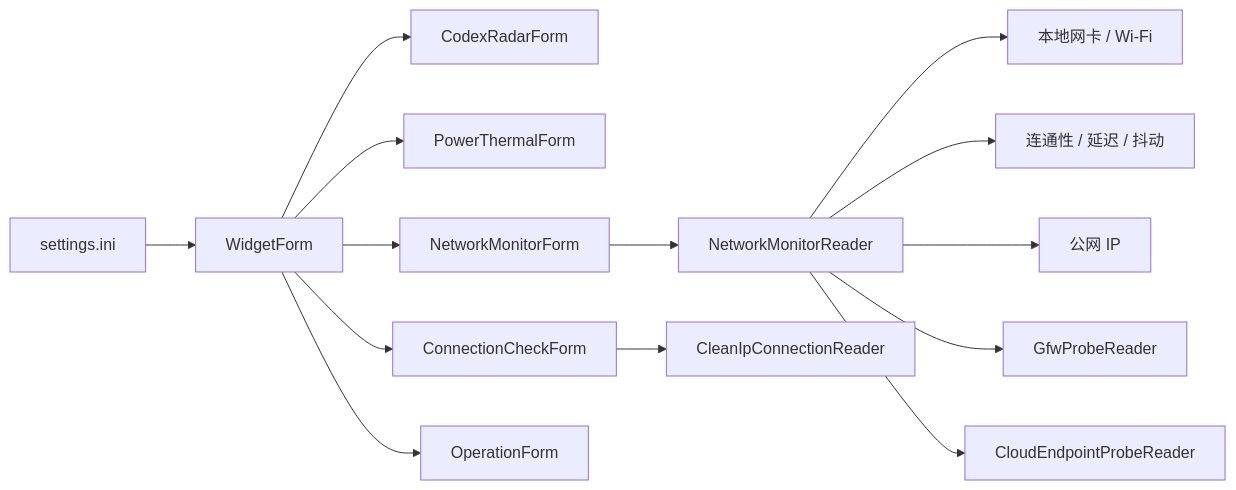
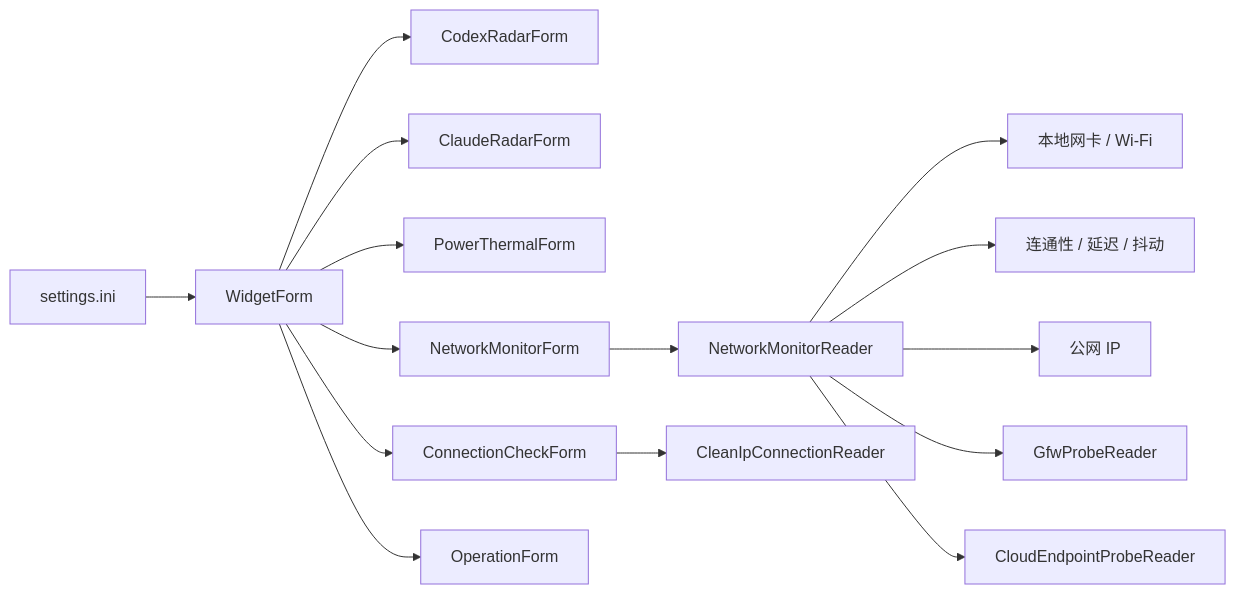
Before and after one commit to AFT-Sakee01/DesktopCodexAssistant: the first of 2 diagrams in Docs/Performance-And-Window-Runtime.md, drawn with Mermaid. The commit also changed other lines of this file and 35 other files, not shown here.

````diff
--- a/Docs/Performance-And-Window-Runtime.md
+++ b/Docs/Performance-And-Window-Runtime.md
@@ -32,16 +33,17 @@
 ```mermaid
 flowchart LR
     Settings["settings.ini"] --> Main["WidgetForm"]
-    Main --> Radar["CodexRadarForm"]
-    Main --> Power["PowerThermalForm"]
+Main --> Radar["CodexRadarForm"]
+Main --> Claude["ClaudeRadarForm"]
+Main --> Power["PowerThermalForm"]
     Main --> Network["NetworkMonitorForm"]
     Main --> CleanIP["ConnectionCheckForm"]
     Main --> Operation["OperationForm"]
     Network --> Reader["NetworkMonitorReader"]
     Reader --> Local["本地网卡 / Wi-Fi"]
     Reader --> Connectivity["连通性 / 延迟 / 抖动"]
     Reader --> PublicIP["公网 IP"]
     Reader --> GFW["GfwProbeReader"]
     Reader --> Cloud["CloudEndpointProbeReader"]
     CleanIP --> CleanReader["CleanIpConnectionReader"]
 ```
````
